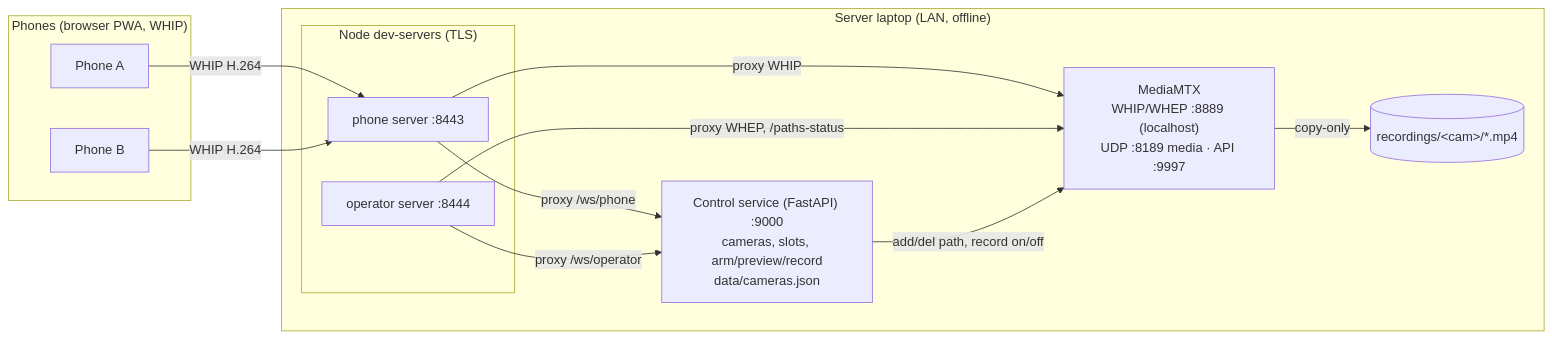
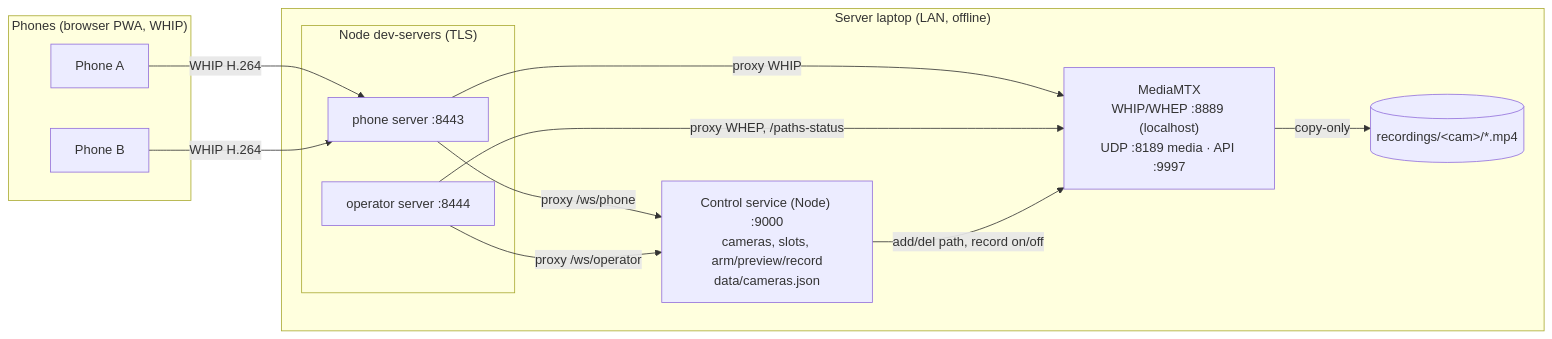
One commit to NicolaasGrobler/idle-stream changed the diagram in plan.md. Above: the diagram before and after it, drawn with Mermaid. The commit also changed other lines of this file and 1 other file, not shown here.

First line of the commit message:
Docs: control service is Node, no Python prerequisite

````diff
--- a/plan.md
+++ b/plan.md
@@ -30,26 +30,26 @@
 ```mermaid
 graph LR
   subgraph Phones["Phones (browser PWA, WHIP)"]
     P1[Phone A]
     P2[Phone B]
   end
 
   subgraph Laptop["Server laptop (LAN, offline)"]
     subgraph Edge["Node dev-servers (TLS)"]
       D1["phone server :8443"]
       D2["operator server :8444"]
     end
-    CTRL["Control service (FastAPI) :9000<br/>cameras, slots, arm/preview/record<br/>data/cameras.json"]
+    CTRL["Control service (Node) :9000<br/>cameras, slots, arm/preview/record<br/>data/cameras.json"]
     MMTX["MediaMTX<br/>WHIP/WHEP :8889 (localhost)<br/>UDP :8189 media · API :9997"]
     DISK[("recordings/&lt;cam&gt;/*.mp4")]
   end
 
   P1 -->|WHIP H.264| D1
   P2 -->|WHIP H.264| D1
   D1 -->|proxy WHIP| MMTX
   D1 -->|proxy /ws/phone| CTRL
   D2 -->|proxy WHEP, /paths-status| MMTX
   D2 -->|proxy /ws/operator| CTRL
   CTRL -->|add/del path, record on/off| MMTX
   MMTX -->|copy-only| DISK
 ```
````
